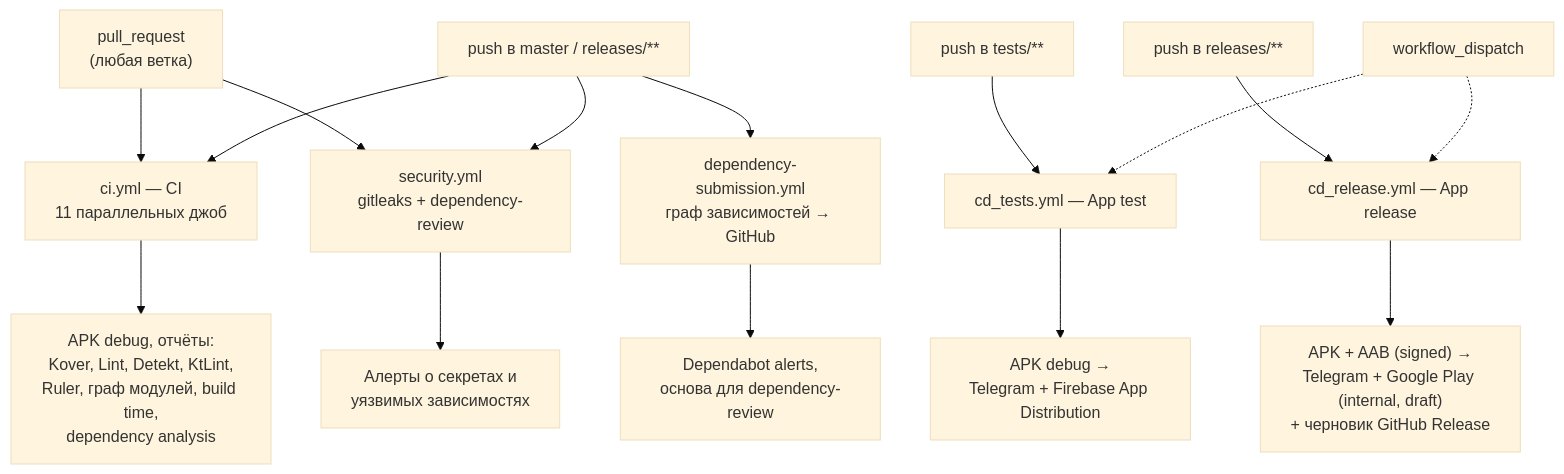
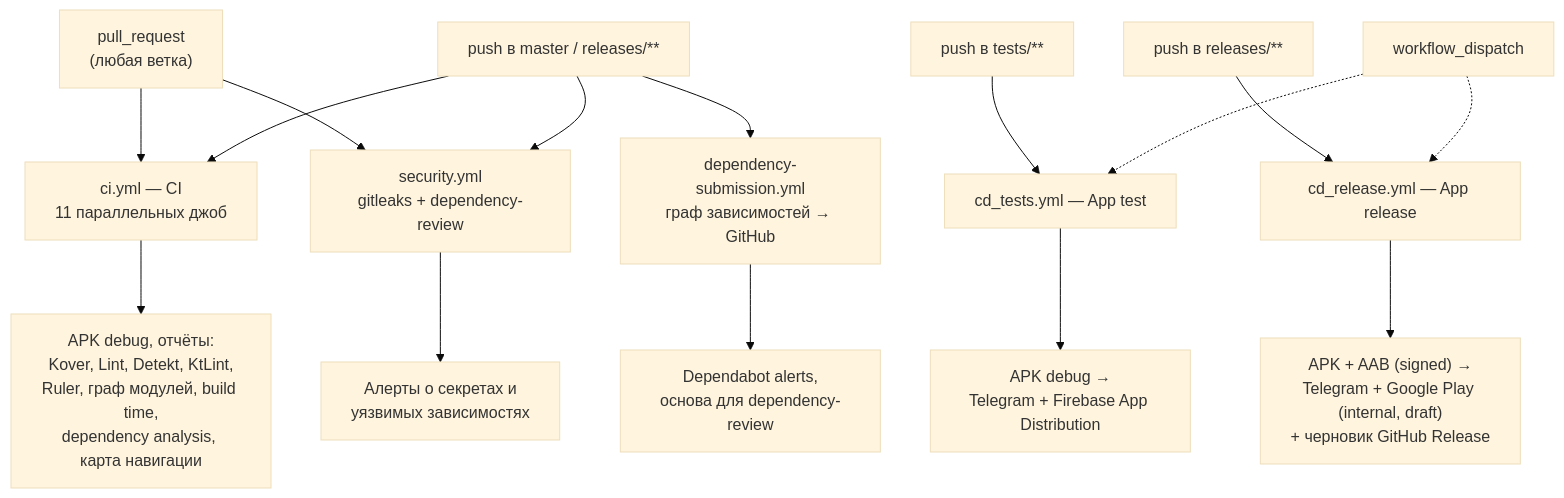
One commit to IliaVoskoboinikov/Finance-Manager changed the first of 4 diagrams in docs/ci-cd.md. Above: the diagram before and after it, drawn with Mermaid (base theme). The commit also changed other lines of this file and 7 other files, not shown here.

First line of the commit message:
ci: гонять navCheck в джобе nav-graph

````diff
--- a/docs/ci-cd.md
+++ b/docs/ci-cd.md
@@ -14,18 +14,18 @@
 ```mermaid
 flowchart TD
     pr["pull_request<br/>(любая ветка)"] --> ci["ci.yml — CI<br/>11 параллельных джоб"]
     pushM["push в master / releases/**"] --> ci
     pr --> sec["security.yml<br/>gitleaks + dependency-review"]
     pushM --> sec
     pushM --> dep["dependency-submission.yml<br/>граф зависимостей → GitHub"]
     pushT["push в tests/**"] --> cdt["cd_tests.yml — App test"]
     pushR["push в releases/**"] --> cdr["cd_release.yml — App release"]
     wd["workflow_dispatch"] -.-> cdt
     wd -.-> cdr
 
-    ci --> art1["APK debug, отчёты:<br/>Kover, Lint, Detekt, KtLint,<br/>Ruler, граф модулей, build time,<br/>dependency analysis"]
+    ci --> art1["APK debug, отчёты:<br/>Kover, Lint, Detekt, KtLint,<br/>Ruler, граф модулей, build time,<br/>dependency analysis, карта навигации"]
     sec --> art4["Алерты о секретах и<br/>уязвимых зависимостях"]
     dep --> art5["Dependabot alerts,<br/>основа для dependency-review"]
     cdt --> art2["APK debug →<br/>Telegram + Firebase App Distribution"]
     cdr --> art3["APK + AAB (signed) →<br/>Telegram + Google Play (internal, draft)<br/>+ черновик GitHub Release"]
 ```
````
